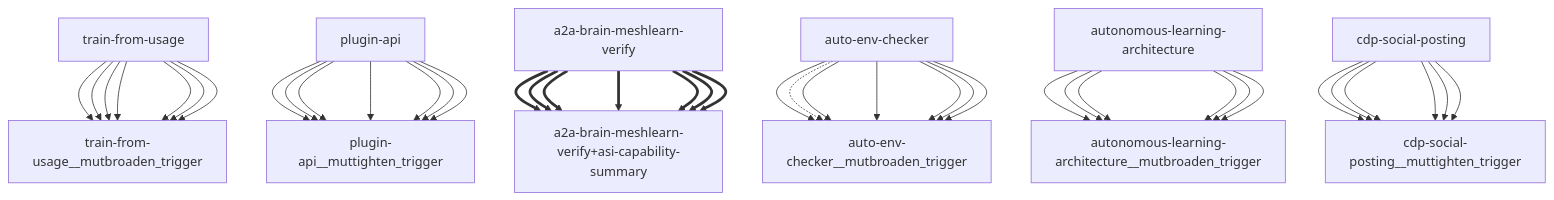
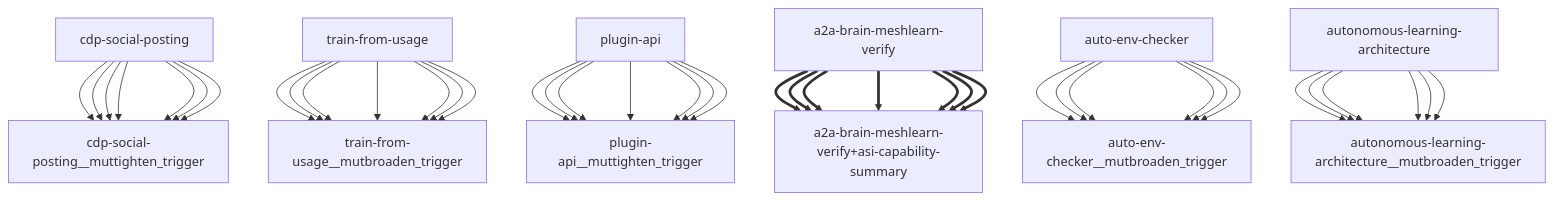
Before and after one commit to openamer/openamer: the diagram in reports/darwin-report.md, drawn with Mermaid. The commit also changed other lines of this file and 14 other files, not shown here.

````diff
--- a/reports/darwin-report.md
+++ b/reports/darwin-report.md
@@ -66,43 +66,43 @@
 ```mermaid
 graph TD
+    cdp-social-posting["cdp-social-posting"] --> cdp-social-posting__muttighten_trigger["cdp-social-posting__muttighten_trigger"]
     train-from-usage["train-from-usage"] --> train-from-usage__mutbroaden_trigger["train-from-usage__mutbroaden_trigger"]
     plugin-api["plugin-api"] --> plugin-api__muttighten_trigger["plugin-api__muttighten_trigger"]
     a2a-brain-meshlearn-verify["a2a-brain-meshlearn-verify"] ==> a2a-brain-meshlearn-verify+asi-capability-summary["a2a-brain-meshlearn-verify+asi-capability-summary"]
     auto-env-checker["auto-env-checker"] --> auto-env-checker__mutbroaden_trigger["auto-env-checker__mutbroaden_trigger"]
     autonomous-learning-architecture["autonomous-learning-architecture"] --> autonomous-learning-architecture__mutbroaden_trigger["autonomous-learning-architecture__mutbroaden_trigger"]
     cdp-social-posting["cdp-social-posting"] --> cdp-social-posting__muttighten_trigger["cdp-social-posting__muttighten_trigger"]
     train-from-usage["train-from-usage"] --> train-from-usage__mutbroaden_trigger["train-from-usage__mutbroaden_trigger"]
     plugin-api["plugin-api"] --> plugin-api__muttighten_trigger["plugin-api__muttighten_trigger"]
     a2a-brain-meshlearn-verify["a2a-brain-meshlearn-verify"] ==> a2a-brain-meshlearn-verify+asi-capability-summary["a2a-brain-meshlearn-verify+asi-capability-summary"]
-    auto-env-checker["auto-env-checker"] -.-> auto-env-checker__mutbroaden_trigger["auto-env-checker__mutbroaden_trigger"]
     auto-env-checker["auto-env-checker"] --> auto-env-checker__mutbroaden_trigger["auto-env-checker__mutbroaden_trigger"]
     autonomous-learning-architecture["autonomous-learning-architecture"] --> autonomous-learning-architecture__mutbroaden_trigger["autonomous-learning-architecture__mutbroaden_trigger"]
     cdp-social-posting["cdp-social-posting"] --> cdp-social-posting__muttighten_trigger["cdp-social-posting__muttighten_trigger"]
     train-from-usage["train-from-usage"] --> train-from-usage__mutbroaden_trigger["train-from-usage__mutbroaden_trigger"]
     plugin-api["plugin-api"] --> plugin-api__muttighten_trigger["plugin-api__muttighten_trigger"]
     a2a-brain-meshlearn-verify["a2a-brain-meshlearn-verify"] ==> a2a-brain-meshlearn-verify+asi-capability-summary["a2a-brain-meshlearn-verify+asi-capability-summary"]
     auto-env-checker["auto-env-checker"] --> auto-env-checker__mutbroaden_trigger["auto-env-checker__mutbroaden_trigger"]
     autonomous-learning-architecture["autonomous-learning-architecture"] --> autonomous-learning-architecture__mutbroaden_trigger["autonomous-learning-architecture__mutbroaden_trigger"]
     cdp-social-posting["cdp-social-posting"] --> cdp-social-posting__muttighten_trigger["cdp-social-posting__muttighten_trigger"]
     train-from-usage["train-from-usage"] --> train-from-usage__mutbroaden_trigger["train-from-usage__mutbroaden_trigger"]
     plugin-api["plugin-api"] --> plugin-api__muttighten_trigger["plugin-api__muttighten_trigger"]
     a2a-brain-meshlearn-verify["a2a-brain-meshlearn-verify"] ==> a2a-brain-meshlearn-verify+asi-capability-summary["a2a-brain-meshlearn-verify+asi-capability-summary"]
     auto-env-checker["auto-env-checker"] --> auto-env-checker__mutbroaden_trigger["auto-env-checker__mutbroaden_trigger"]
     autonomous-learning-architecture["autonomous-learning-architecture"] --> autonomous-learning-architecture__mutbroaden_trigger["autonomous-learning-architecture__mutbroaden_trigger"]
     cdp-social-posting["cdp-social-posting"] --> cdp-social-posting__muttighten_trigger["cdp-social-posting__muttighten_trigger"]
     train-from-usage["train-from-usage"] --> train-from-usage__mutbroaden_trigger["train-from-usage__mutbroaden_trigger"]
     plugin-api["plugin-api"] --> plugin-api__muttighten_trigger["plugin-api__muttighten_trigger"]
     a2a-brain-meshlearn-verify["a2a-brain-meshlearn-verify"] ==> a2a-brain-meshlearn-verify+asi-capability-summary["a2a-brain-meshlearn-verify+asi-capability-summary"]
     auto-env-checker["auto-env-checker"] --> auto-env-checker__mutbroaden_trigger["auto-env-checker__mutbroaden_trigger"]
     autonomous-learning-architecture["autonomous-learning-architecture"] --> autonomous-learning-architecture__mutbroaden_trigger["autonomous-learning-architecture__mutbroaden_trigger"]
     cdp-social-posting["cdp-social-posting"] --> cdp-social-posting__muttighten_trigger["cdp-social-posting__muttighten_trigger"]
     train-from-usage["train-from-usage"] --> train-from-usage__mutbroaden_trigger["train-from-usage__mutbroaden_trigger"]
     plugin-api["plugin-api"] --> plugin-api__muttighten_trigger["plugin-api__muttighten_trigger"]
     a2a-brain-meshlearn-verify["a2a-brain-meshlearn-verify"] ==> a2a-brain-meshlearn-verify+asi-capability-summary["a2a-brain-meshlearn-verify+asi-capability-summary"]
     auto-env-checker["auto-env-checker"] --> auto-env-checker__mutbroaden_trigger["auto-env-checker__mutbroaden_trigger"]
     autonomous-learning-architecture["autonomous-learning-architecture"] --> autonomous-learning-architecture__mutbroaden_trigger["autonomous-learning-architecture__mutbroaden_trigger"]
     cdp-social-posting["cdp-social-posting"] --> cdp-social-posting__muttighten_trigger["cdp-social-posting__muttighten_trigger"]
     train-from-usage["train-from-usage"] --> train-from-usage__mutbroaden_trigger["train-from-usage__mutbroaden_trigger"]
     plugin-api["plugin-api"] --> plugin-api__muttighten_trigger["plugin-api__muttighten_trigger"]
     a2a-brain-meshlearn-verify["a2a-brain-meshlearn-verify"] ==> a2a-brain-meshlearn-verify+asi-capability-summary["a2a-brain-meshlearn-verify+asi-capability-summary"]
 ```
````
